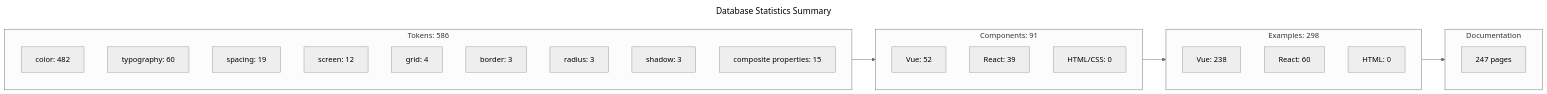
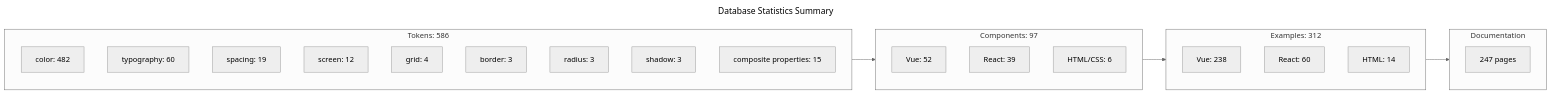
The diagram in docs/assets/stats-summary.mmd (MerzoukeMansouri/adeo-mozaic-mcp), drawn with Mermaid (neutral theme) before and after one commit. The commit also changed 8 other files, not shown here.

Commit message:
**refactor:** Updated README and documentation to reflect current project status, features, and architecture.

```diff
--- a/docs/assets/stats-summary.mmd
+++ b/docs/assets/stats-summary.mmd
@@ -1,36 +1,36 @@
 ---
 title: Database Statistics Summary
 ---
 flowchart LR
     subgraph Tokens["Tokens: 586"]
         direction TB
         T_color["color: 482"]
         T_typography["typography: 60"]
         T_spacing["spacing: 19"]
         T_screen["screen: 12"]
         T_grid["grid: 4"]
         T_border["border: 3"]
         T_radius["radius: 3"]
         T_shadow["shadow: 3"]
         T_Props["composite properties: 15"]
     end
 
-    subgraph Components["Components: 91"]
+    subgraph Components["Components: 97"]
         direction TB
         Vue["Vue: 52"]
         React["React: 39"]
-        Html["HTML/CSS: 0"]
+        Html["HTML/CSS: 6"]
     end
 
-    subgraph Examples["Examples: 298"]
+    subgraph Examples["Examples: 312"]
         direction TB
         VueEx["Vue: 238"]
         ReactEx["React: 60"]
-        HtmlEx["HTML: 0"]
+        HtmlEx["HTML: 14"]
     end
 
     subgraph Docs["Documentation"]
         DocPages["247 pages"]
     end
 
     Tokens --> Components --> Examples --> Docs
```
